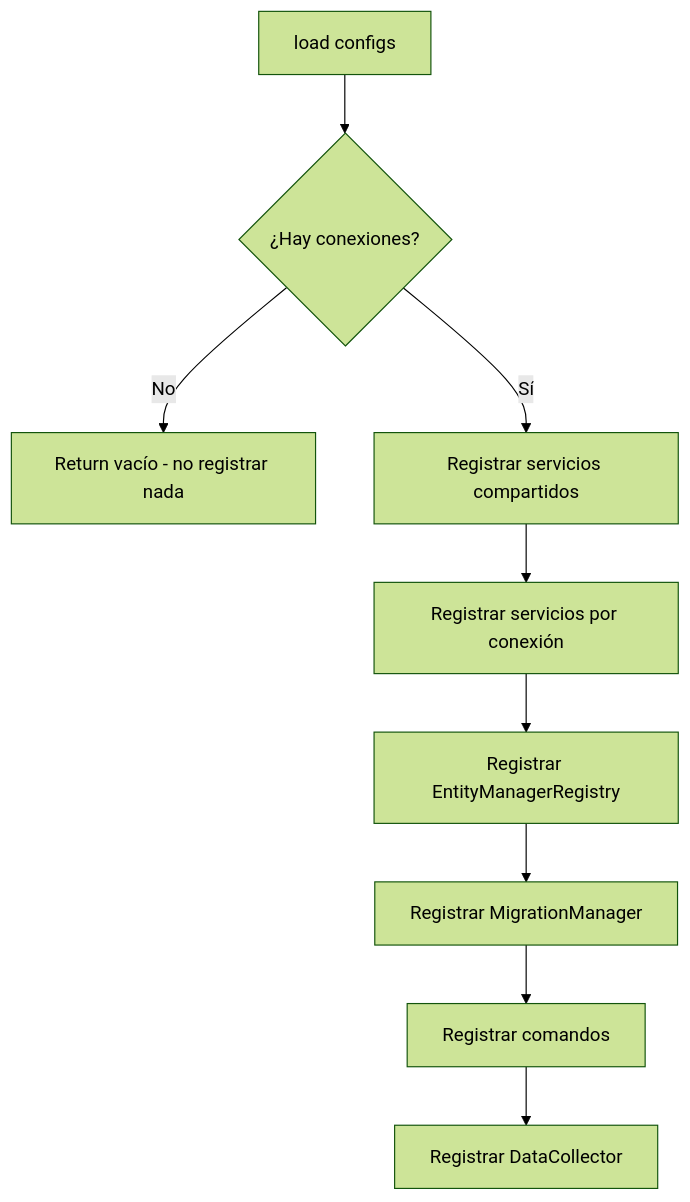
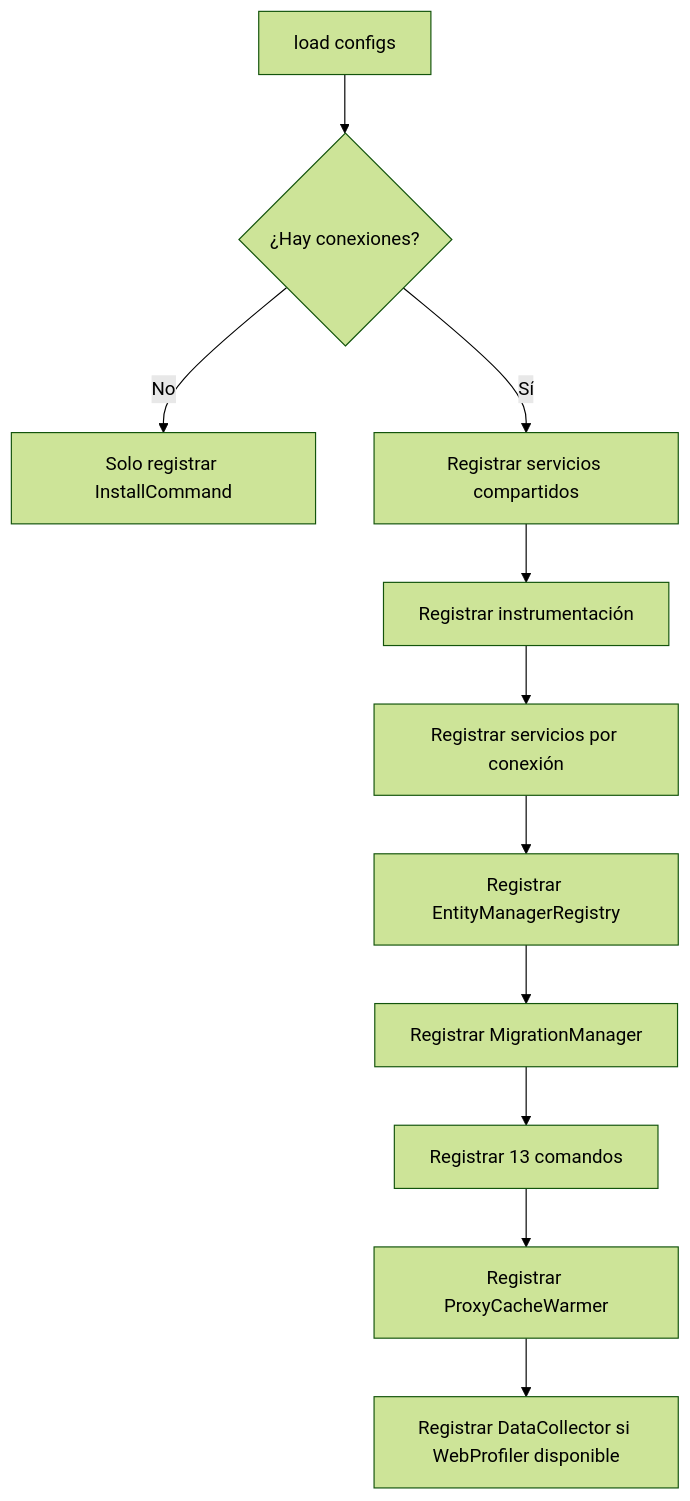
One commit to shedeza/sybase-orm-bundle changed the diagram in docs/manual-tecnico/02-contenedor-di.md. Above: the diagram before and after it, drawn with Mermaid (forest theme). The commit also changed other lines of this file and 17 other files, not shown here.

````diff
--- a/docs/manual-tecnico/02-contenedor-di.md
+++ b/docs/manual-tecnico/02-contenedor-di.md
@@ -13,11 +13,13 @@
 ```mermaid
 flowchart TD
     A[load configs] --> B{¿Hay conexiones?}
-    B -->|No| C[Return vacío - no registrar nada]
+    B -->|No| C[Solo registrar InstallCommand]
     B -->|Sí| D[Registrar servicios compartidos]
-    D --> E[Registrar servicios por conexión]
-    E --> F[Registrar EntityManagerRegistry]
-    F --> G[Registrar MigrationManager]
-    G --> H[Registrar comandos]
-    H --> I[Registrar DataCollector]
+    D --> E[Registrar instrumentación]
+    E --> F[Registrar servicios por conexión]
+    F --> G[Registrar EntityManagerRegistry]
+    G --> H[Registrar MigrationManager]
+    H --> I[Registrar 13 comandos]
+    I --> J[Registrar ProxyCacheWarmer]
+    J --> K[Registrar DataCollector si WebProfiler disponible]
 ```
````
